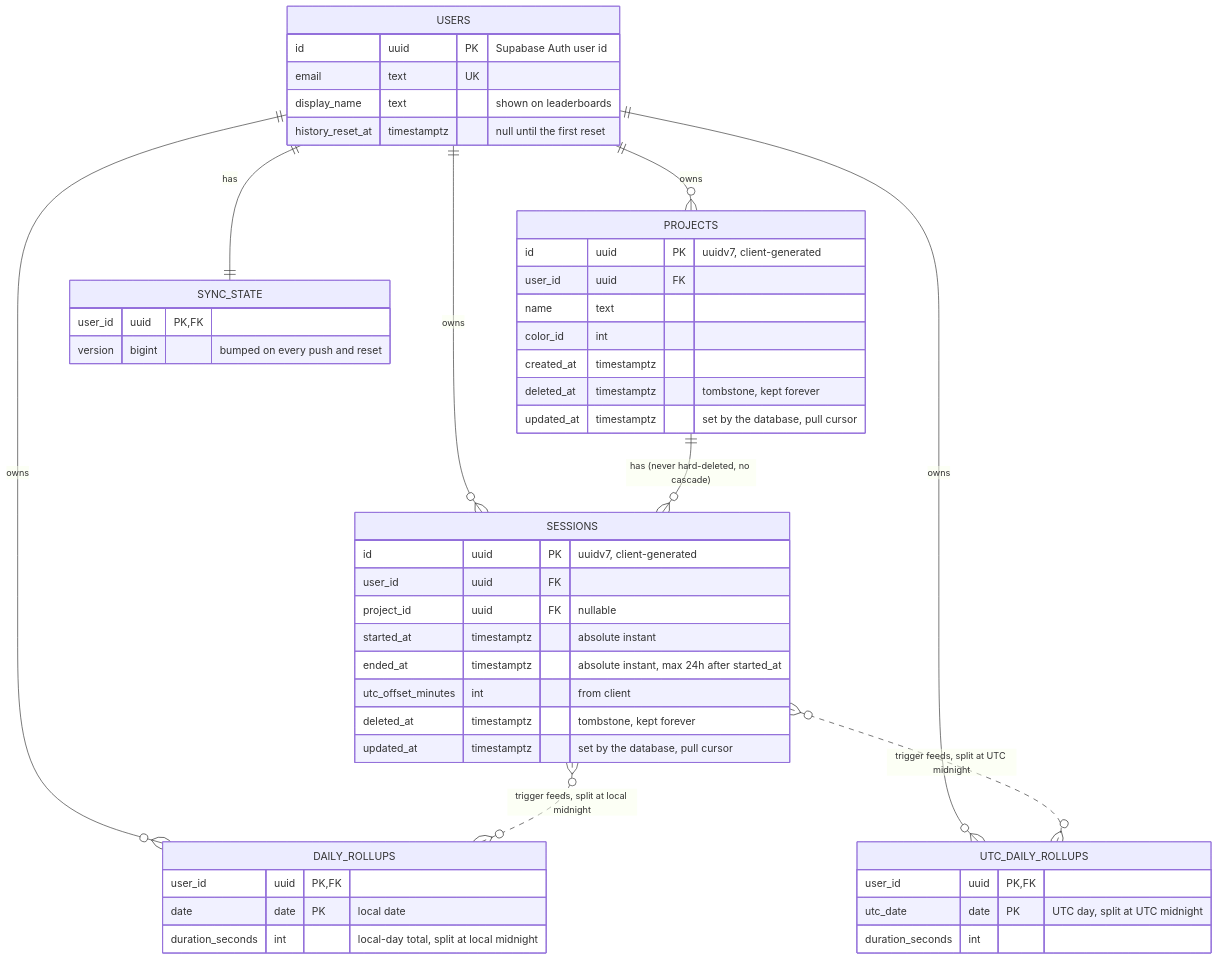
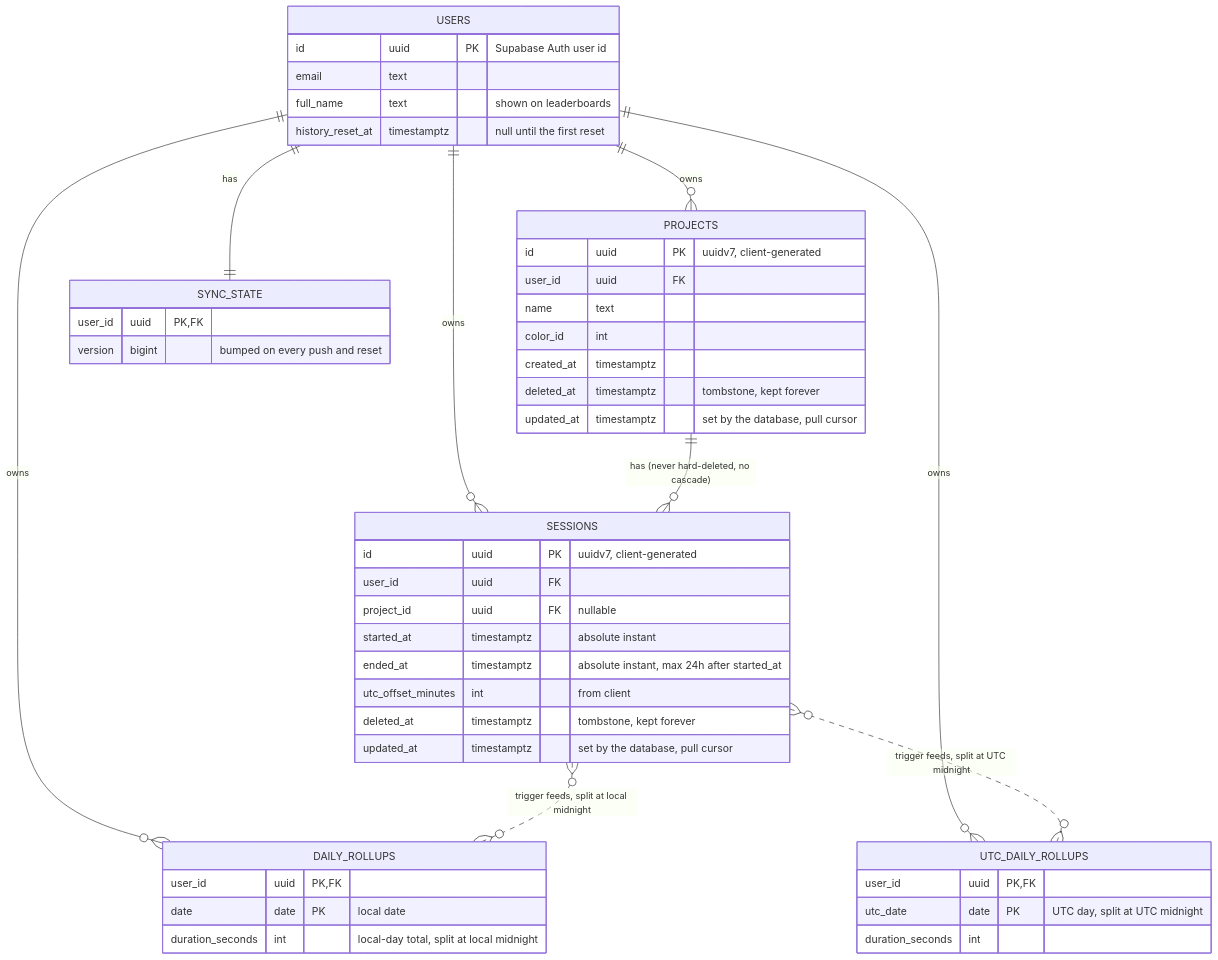
One commit to sardaar-niamotullah/tarkeez changed the third of 3 diagrams in README.md. Above: the diagram before and after it, drawn with Mermaid. The commit also changed other lines of this file, not shown here.

````diff
--- a/README.md
+++ b/README.md
@@ -377,51 +377,51 @@
 ```mermaid
 erDiagram
   USERS ||--o{ PROJECTS : owns
   USERS ||--o{ SESSIONS : owns
   USERS ||--o{ DAILY_ROLLUPS : owns
   USERS ||--o{ UTC_DAILY_ROLLUPS : owns
   USERS ||--|| SYNC_STATE : has
   PROJECTS ||--o{ SESSIONS : "has (never hard-deleted, no cascade)"
   SESSIONS }o..o{ DAILY_ROLLUPS : "trigger feeds, split at local midnight"
   SESSIONS }o..o{ UTC_DAILY_ROLLUPS : "trigger feeds, split at UTC midnight"
 
   USERS {
     id uuid PK "Supabase Auth user id"
-    email text UK
-    display_name text "shown on leaderboards"
+    email text
+    full_name text "shown on leaderboards"
     history_reset_at timestamptz "null until the first reset"
   }
   PROJECTS {
     id uuid PK "uuidv7, client-generated"
     user_id uuid FK
     name text
     color_id int
     created_at timestamptz
     deleted_at timestamptz "tombstone, kept forever"
     updated_at timestamptz "set by the database, pull cursor"
   }
   SESSIONS {
     id uuid PK "uuidv7, client-generated"
     user_id uuid FK
     project_id uuid FK "nullable"
     started_at timestamptz "absolute instant"
     ended_at timestamptz "absolute instant, max 24h after started_at"
     utc_offset_minutes int "from client"
     deleted_at timestamptz "tombstone, kept forever"
     updated_at timestamptz "set by the database, pull cursor"
   }
   DAILY_ROLLUPS {
     user_id uuid PK, FK
     date date PK "local date"
     duration_seconds int "local-day total, split at local midnight"
   }
   UTC_DAILY_ROLLUPS {
     user_id uuid PK, FK
     utc_date date PK "UTC day, split at UTC midnight"
     duration_seconds int
   }
   SYNC_STATE {
     user_id uuid PK, FK
     version bigint "bumped on every push and reset"
   }
 ```
````
